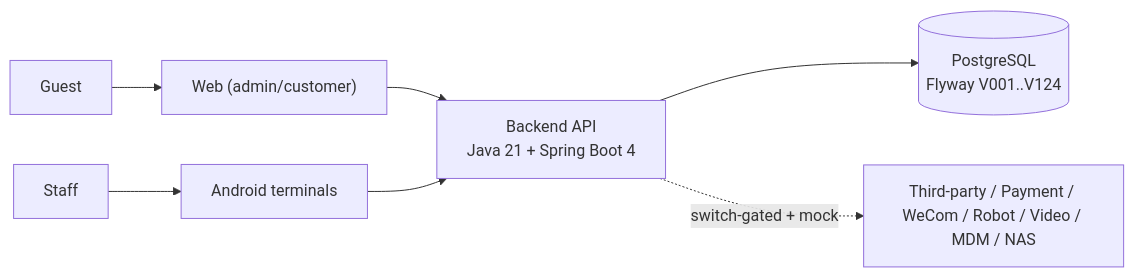
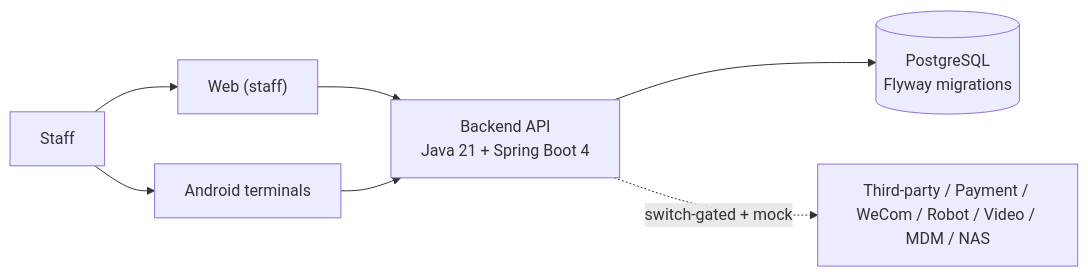
The diagram in README.en.md (jxh1979/mall), drawn with Mermaid before and after one commit. The commit also changed other lines of this file and 20 other files, not shown here.

````diff
--- a/README.en.md
+++ b/README.en.md
@@ -91,9 +88,9 @@
 ```mermaid
 graph LR
-  GUEST["Guest"] --> WEB["Web (admin/customer)"]
+  STAFF["Staff"] --> WEB["Web (staff)"]
   STAFF["Staff"] --> ANDROID["Android terminals"]
   WEB --> API["Backend API<br/>Java 21 + Spring Boot 4"]
   ANDROID --> API
-  API --> DB[("PostgreSQL<br/>Flyway V001..V124")]
+  API --> DB[("PostgreSQL<br/>Flyway migrations")]
   API -. "switch-gated + mock" .-> EXT["Third-party / Payment / WeCom / Robot / Video / MDM / NAS"]
 ```
````
